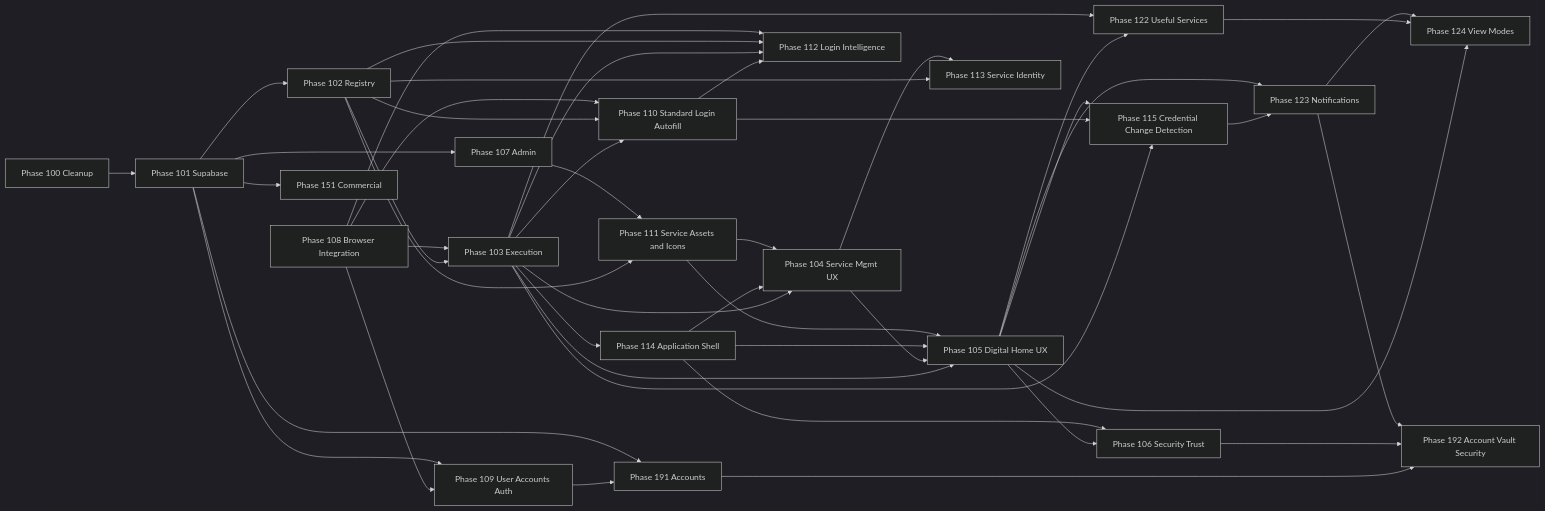
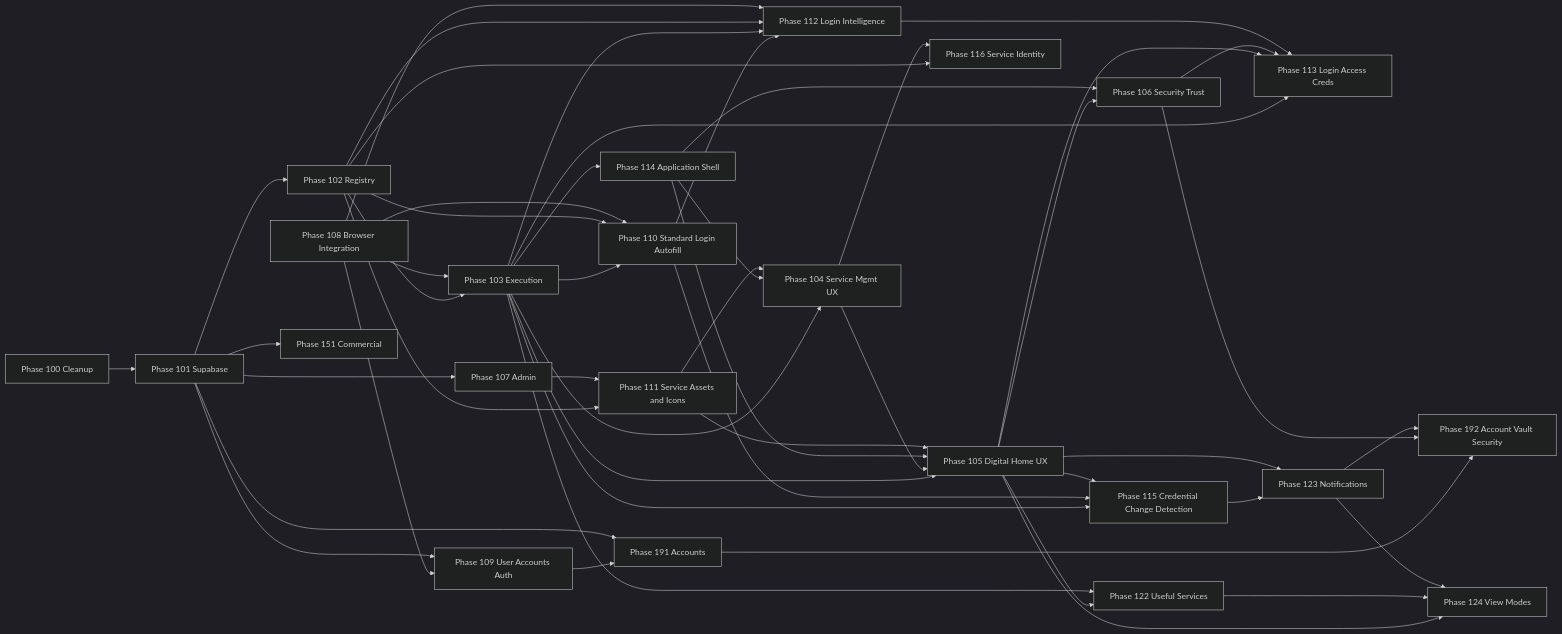
Before and after one commit to yaels3049-max/password-vault: the sixth of 6 diagrams in team-yuri/PLAN.md, drawn with Mermaid (dark theme). The commit also changed other lines of this file and 142 other files, not shown here.

````diff
--- a/team-yuri/PLAN.md
+++ b/team-yuri/PLAN.md
@@ -4714,70 +5022,75 @@
 ```mermaid
 flowchart LR
   P100[Phase 100 Cleanup]
   P101[Phase 101 Supabase]
   P102[Phase 102 Registry]
   P103[Phase 103 Execution]
   P104[Phase 104 Service Mgmt UX]
   P105[Phase 105 Digital Home UX]
   P106[Phase 106 Security Trust]
   P107[Phase 107 Admin]
   P108[Phase 108 Browser Integration]
   P109[Phase 109 User Accounts Auth]
   P110[Phase 110 Standard Login Autofill]
   P111[Phase 111 Service Assets and Icons]
   P112[Phase 112 Login Intelligence]
-  P113[Phase 113 Service Identity]
+  P113[Phase 113 Login Access Creds]
+  P116[Phase 116 Service Identity]
   P114[Phase 114 Application Shell]
   P115[Phase 115 Credential Change Detection]
   P122[Phase 122 Useful Services]
   P123[Phase 123 Notifications]
   P124[Phase 124 View Modes]
   P151[Phase 151 Commercial]
   P191[Phase 191 Accounts]
   P192[Phase 192 Account Vault Security]
 
   P100 --> P101
   P101 --> P102
   P102 --> P103
   P102 --> P111
   P103 --> P104
   P103 --> P105
   P104 --> P105
   P105 --> P106
   P108 --> P103
   P101 --> P107
   P107 --> P111
   P103 --> P110
   P102 --> P110
   P108 --> P110
   P108 --> P109
   P101 --> P109
   P110 --> P112
+  P103 --> P113
+  P105 --> P113
+  P106 --> P113
+  P112 --> P113
   P103 --> P112
   P102 --> P112
   P108 --> P112
-  P102 --> P113
-  P104 --> P113
+  P102 --> P116
+  P104 --> P116
   P103 --> P114
   P114 --> P104
   P114 --> P105
   P114 --> P106
   P103 --> P115
   P110 --> P115
   P105 --> P115
   P115 --> P123
   P105 --> P122
   P103 --> P122
   P105 --> P123
   P105 --> P124
   P122 --> P124
   P123 --> P124
   P111 --> P104
   P111 --> P105
   P101 --> P151
   P109 --> P191
   P101 --> P191
   P191 --> P192
   P106 --> P192
   P123 --> P192
 ```
````
